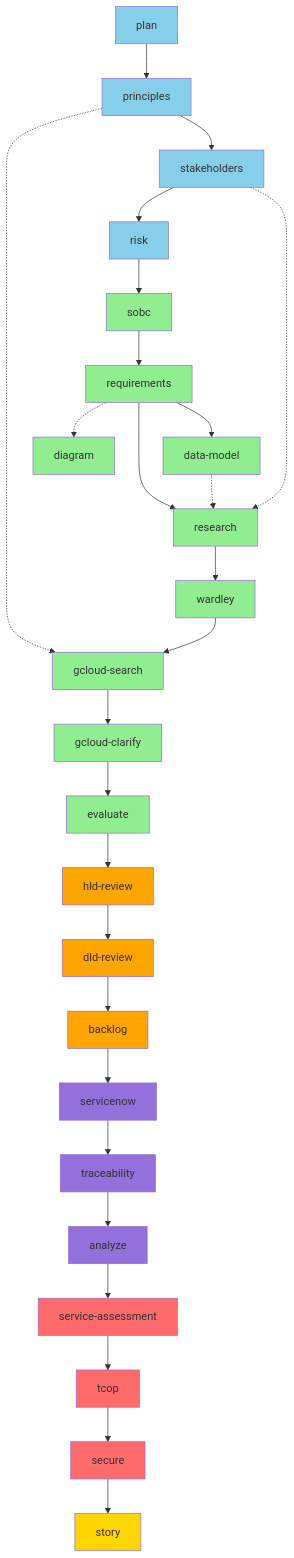
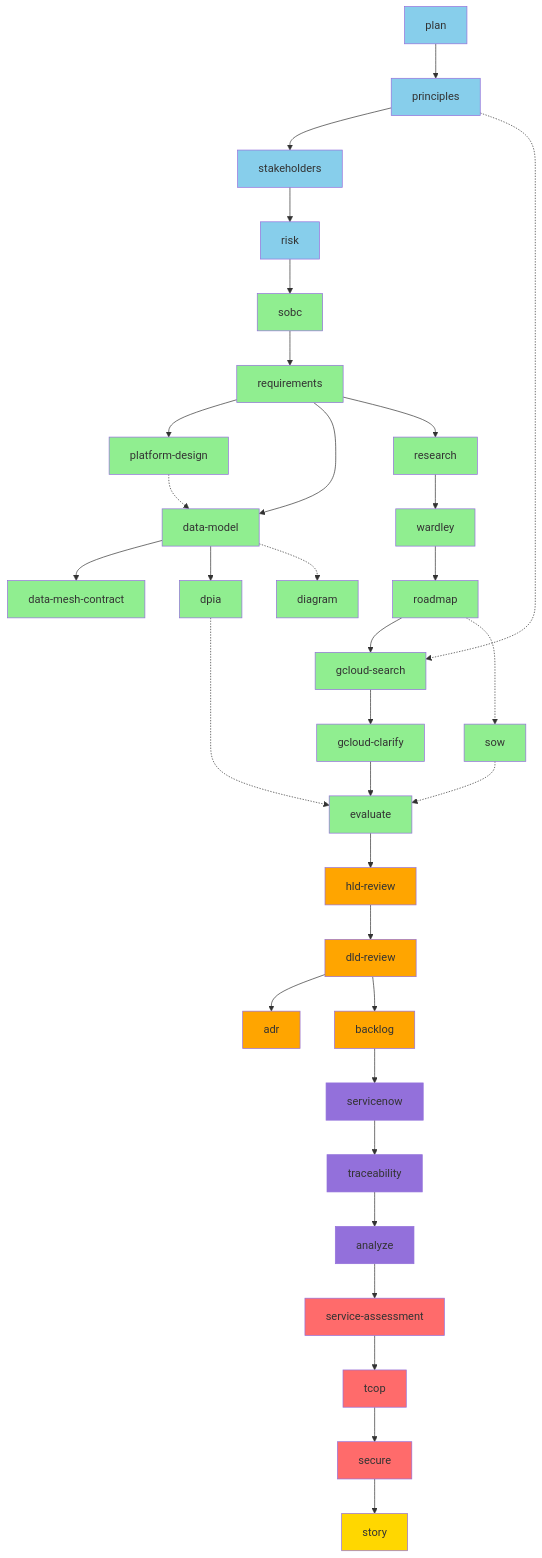
Before and after one commit to tractorjuice/arc-kit: the second of 9 diagrams in WORKFLOW-DIAGRAMS.md, drawn with Mermaid. The commit also changed other lines of this file, not shown here.

First line of the commit message:
docs: add ADR to workflow diagram after DLD review

````diff
--- a/WORKFLOW-DIAGRAMS.md
+++ b/WORKFLOW-DIAGRAMS.md
@@ -91,71 +100,82 @@
 ```mermaid
 graph TD
     %% Tier 0-1: Foundation
     A[plan] --> B[principles]
     B --> C[stakeholders]
     C --> D[risk]
 
     %% Tier 2-3: Business Case & Requirements
     D --> E[sobc]
     E --> F[requirements]
 
-    %% Tier 4: Detailed Design
-    F --> G[data-model]
-    F --> H[research]
+    %% Tier 4: Strategy & Design
+    F --> G[platform-design]
+    F --> H[data-model]
     G -.-> H
-    C -.-> H
-    H --> I[wardley]
+    H --> I[data-mesh-contract]
+    H --> J[dpia]
+    F --> K[research]
+    K --> L[wardley]
+    L --> M[roadmap]
+    H -.-> V[diagram]
 
     %% Tier 5: UK Gov Procurement
-    B -.-> J[gcloud-search]
-    I --> J
-    J --> K[gcloud-clarify]
-    K --> L[evaluate]
+    B -.-> N[gcloud-search]
+    M --> N
+    N --> O[gcloud-clarify]
+    O --> P[evaluate]
+    M -.-> Q[sow]
+    Q -.-> P
+    J -.-> P
 
     %% Tier 6: Design Reviews
-    L --> M[hld-review]
-    M --> N[dld-review]
+    P --> R[hld-review]
+    R --> S[dld-review]
+    S --> T[adr]
 
     %% Tier 7: Implementation
-    N --> O[backlog]
+    S --> U[backlog]
 
     %% Tier 8-9: Operations & Quality
-    O --> P[servicenow]
-    P --> Q[traceability]
-    Q --> R[analyze]
+    U --> W[servicenow]
+    W --> X[traceability]
+    X --> Y[analyze]
 
     %% Tier 10: UK Gov Compliance
-    R --> S[service-assessment]
-    S --> T[tcop]
-    T --> U[secure]
+    Y --> Z[service-assessment]
+    Z --> Z1[tcop]
+    Z1 --> Z2[secure]
 
     %% Tier 11: Reporting
-    U --> W[story]
-
-    %% Optional parallel paths
-    F -.-> V[diagram]
+    Z2 --> AA[story]
 
     style A fill:#87CEEB
     style B fill:#87CEEB
     style C fill:#87CEEB
     style D fill:#87CEEB
     style E fill:#90EE90
     style F fill:#90EE90
     style G fill:#90EE90
     style H fill:#90EE90
     style I fill:#90EE90
     style J fill:#90EE90
     style K fill:#90EE90
     style L fill:#90EE90
-    style M fill:#FFA500
-    style N fill:#FFA500
-    style O fill:#FFA500
-    style P fill:#9370DB
-    style Q fill:#9370DB
-    style R fill:#9370DB
-    style S fill:#FF6B6B
-    style T fill:#FF6B6B
-    style U fill:#FF6B6B
+    style M fill:#90EE90
+    style N fill:#90EE90
+    style O fill:#90EE90
+    style P fill:#90EE90
+    style Q fill:#90EE90
+    style R fill:#FFA500
+    style S fill:#FFA500
+    style T fill:#FFA500
+    style U fill:#FFA500
     style V fill:#90EE90
-    style W fill:#FFD700
+    style W fill:#9370DB
+    style X fill:#9370DB
+    style Y fill:#9370DB
+    style Z fill:#FF6B6B
+    style Z1 fill:#FF6B6B
+    style Z2 fill:#FF6B6B
+    style AA fill:#FFD700
 ```
````
